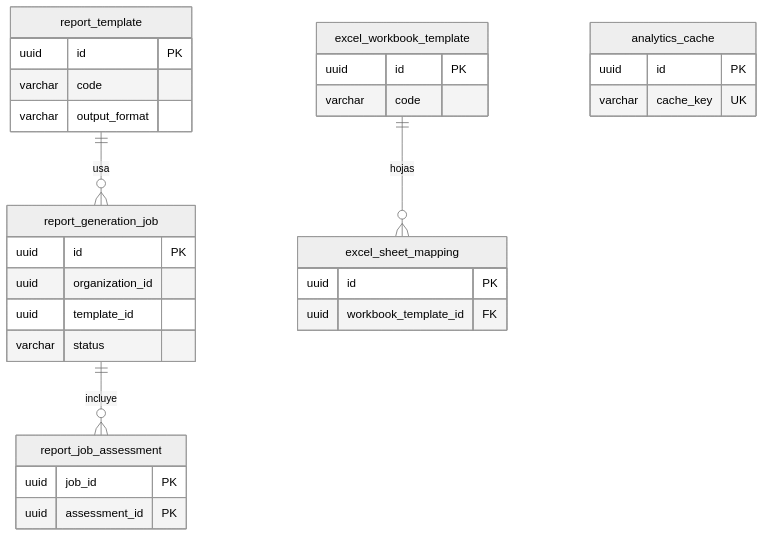
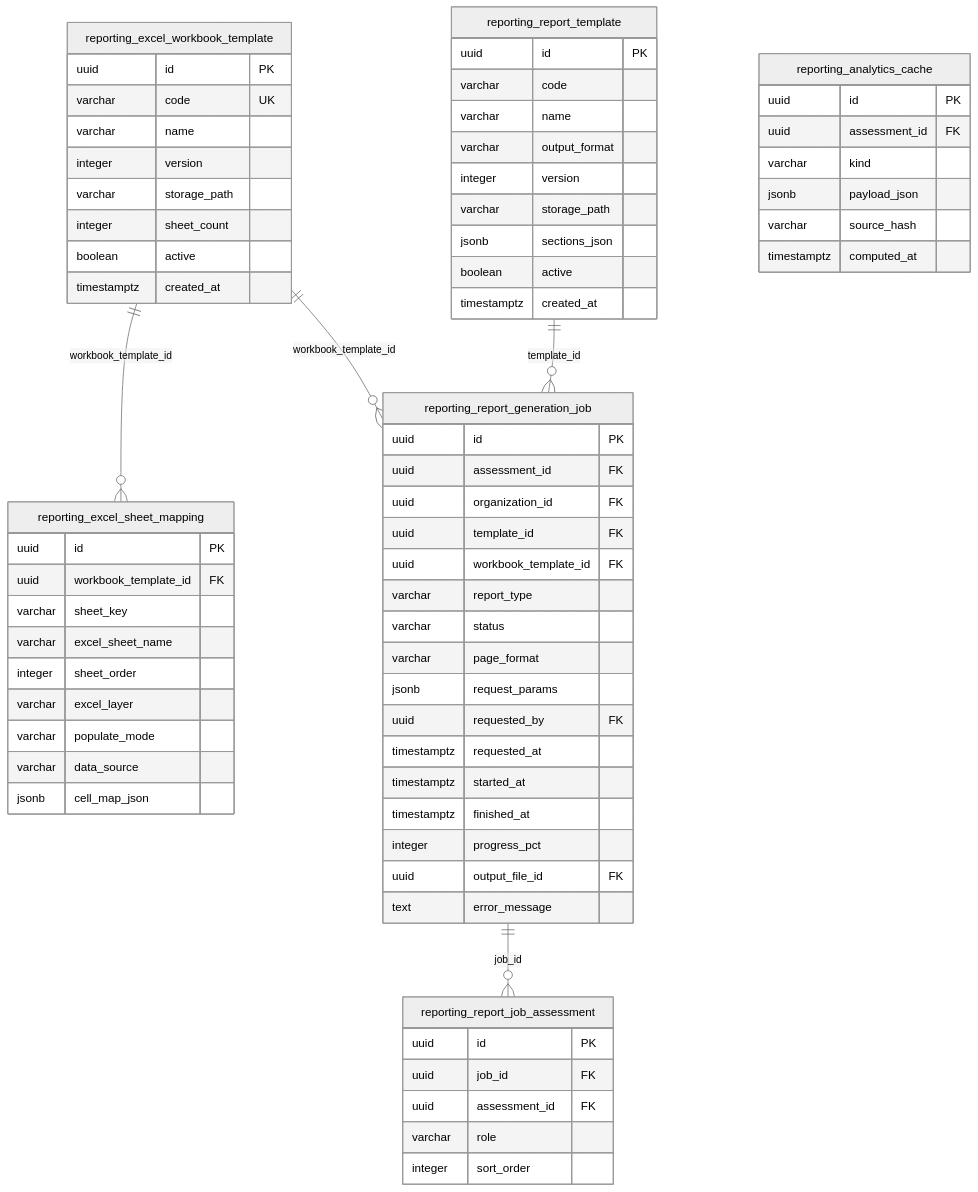
Before and after one commit to jdtovar07/MSPI_NVA_CO_DOCS: the seventh of 9 diagrams in Documentacion-General/Modelo-Datos-MER.md, drawn with Mermaid (neutral theme). The commit also changed other lines of this file, not shown here.

Commit message:
docs(mer): complete per-schema ER diagrams with all 73 tables, columns and cross-schema references

````diff
--- a/Documentacion-General/Modelo-Datos-MER.md
+++ b/Documentacion-General/Modelo-Datos-MER.md
@@ -309,34 +1143,72 @@
 ```mermaid
 erDiagram
-  report_template ||--o{ report_generation_job : usa
-  report_generation_job ||--o{ report_job_assessment : incluye
-  excel_workbook_template ||--o{ excel_sheet_mapping : hojas
-
-  report_template {
+  reporting_excel_workbook_template ||--o{ reporting_excel_sheet_mapping : "workbook_template_id"
+  reporting_report_template ||--o{ reporting_report_generation_job : "template_id"
+  reporting_excel_workbook_template ||--o{ reporting_report_generation_job : "workbook_template_id"
+  reporting_report_generation_job ||--o{ reporting_report_job_assessment : "job_id"
+  reporting_analytics_cache {
+    uuid id PK
+    uuid assessment_id FK
+    varchar kind
+    jsonb payload_json
+    varchar source_hash
+    timestamptz computed_at
+  }
+  reporting_excel_sheet_mapping {
+    uuid id PK
+    uuid workbook_template_id FK
+    varchar sheet_key
+    varchar excel_sheet_name
+    integer sheet_order
+    varchar excel_layer
+    varchar populate_mode
+    varchar data_source
+    jsonb cell_map_json
+  }
+  reporting_excel_workbook_template {
+    uuid id PK
+    varchar code UK
+    varchar name
+    integer version
+    varchar storage_path
+    integer sheet_count
+    boolean active
+    timestamptz created_at
+  }
+  reporting_report_generation_job {
+    uuid id PK
+    uuid assessment_id FK
+    uuid organization_id FK
+    uuid template_id FK
+    uuid workbook_template_id FK
+    varchar report_type
+    varchar status
+    varchar page_format
+    jsonb request_params
+    uuid requested_by FK
+    timestamptz requested_at
+    timestamptz started_at
+    timestamptz finished_at
+    integer progress_pct
+    uuid output_file_id FK
+    text error_message
+  }
+  reporting_report_job_assessment {
+    uuid id PK
+    uuid job_id FK
+    uuid assessment_id FK
+    varchar role
+    integer sort_order
+  }
+  reporting_report_template {
     uuid id PK
     varchar code
+    varchar name
     varchar output_format
-  }
-  report_generation_job {
-    uuid id PK
-    uuid organization_id
-    uuid template_id
-    varchar status
-  }
-  report_job_assessment {
-    uuid job_id PK
-    uuid assessment_id PK
-  }
-  excel_workbook_template {
-    uuid id PK
-    varchar code
-  }
-  excel_sheet_mapping {
-    uuid id PK
-    uuid workbook_template_id FK
-  }
-  analytics_cache {
-    uuid id PK
-    varchar cache_key UK
+    integer version
+    varchar storage_path
+    jsonb sections_json
+    boolean active
+    timestamptz created_at
   }
 ```
````
